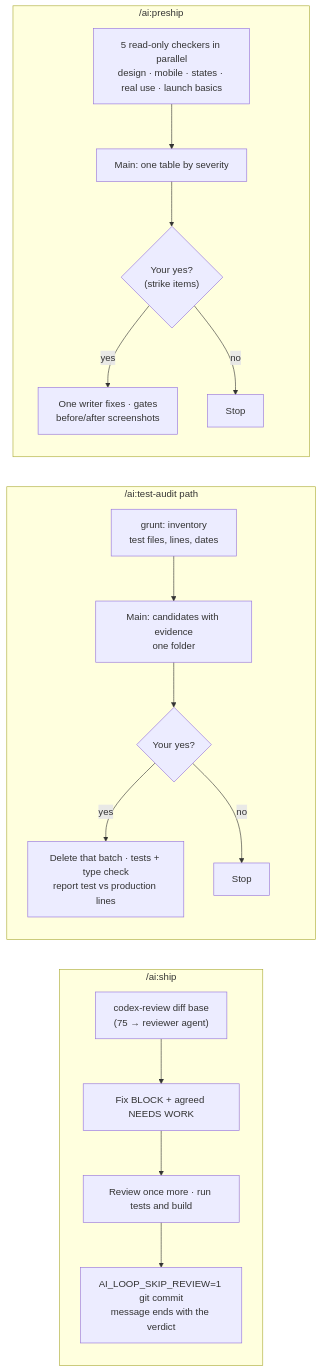
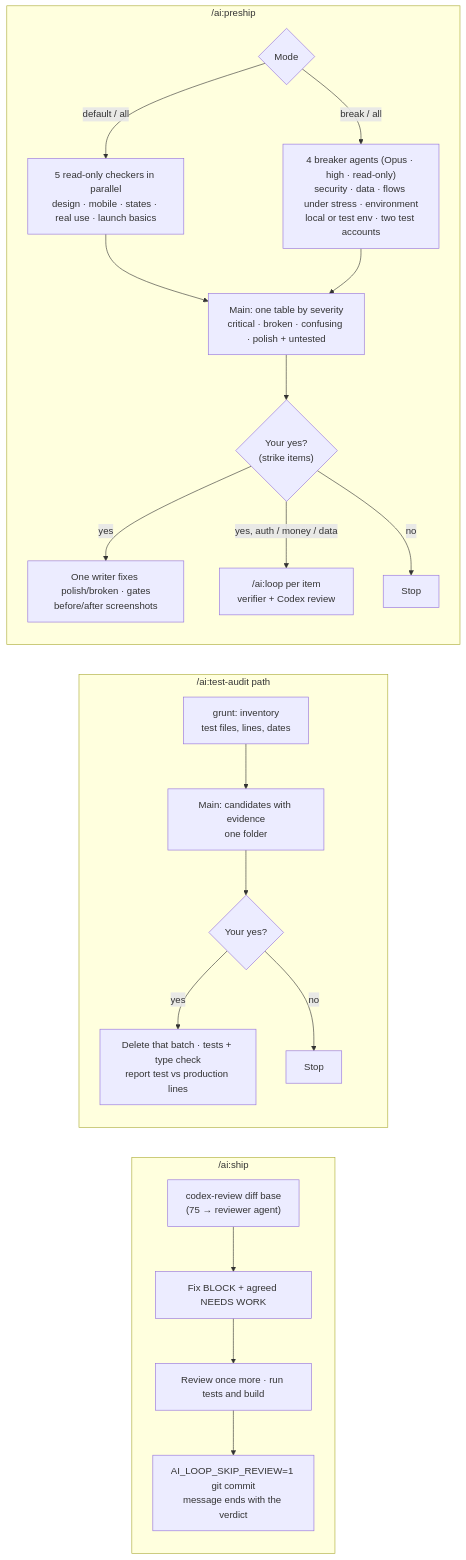
The eighth of 9 diagrams in claude/ARCHITECTURE.md (mrkpatchaa/dotfiles), drawn with Mermaid before and after one commit. The commit also changed other lines of this file and 6 other files, not shown here.

First line of the commit message:
feat(ai): 0.10.0 — breaker agent, /ai:preship break, numbered planning questions with recommended answers

````diff
--- a/claude/ARCHITECTURE.md
+++ b/claude/ARCHITECTURE.md
@@ -234,23 +234,27 @@
 ```mermaid
 flowchart LR
   subgraph ship["/ai:ship"]
     direction TB
     S1["codex-review diff base<br/>(75 → reviewer agent)"] --> S2["Fix BLOCK + agreed NEEDS WORK"]
     S2 --> S3["Review once more · run tests and build"]
     S3 --> S4["AI_LOOP_SKIP_REVIEW=1 git commit<br/>message ends with the verdict"]
   end
   subgraph audit["/ai:test-audit path"]
     direction TB
     T1["grunt: inventory<br/>test files, lines, dates"] --> T2["Main: candidates with evidence<br/>one folder"]
     T2 --> T3{"Your yes?"}
     T3 -->|yes| T4["Delete that batch · tests + type check<br/>report test vs production lines"]
     T3 -->|no| T5["Stop"]
   end
   subgraph pre["/ai:preship"]
     direction TB
-    P1["5 read-only checkers in parallel<br/>design · mobile · states · real use · launch basics"] --> P2["Main: one table by severity"]
+    P0{"Mode"} -->|default / all| P1["5 read-only checkers in parallel<br/>design · mobile · states · real use · launch basics"]
+    P0 -->|break / all| PB["4 breaker agents (Opus · high · read-only)<br/>security · data · flows under stress · environment<br/>local or test env · two test accounts"]
+    P1 --> P2["Main: one table by severity<br/>critical · broken · confusing · polish + untested"]
+    PB --> P2
     P2 --> P3{"Your yes?<br/>(strike items)"}
-    P3 -->|yes| P4["One writer fixes · gates<br/>before/after screenshots"]
+    P3 -->|yes| P4["One writer fixes polish/broken · gates<br/>before/after screenshots"]
+    P3 -->|yes, auth / money / data| P6["/ai:loop per item<br/>verifier + Codex review"]
     P3 -->|no| P5["Stop"]
   end
 ```
````
